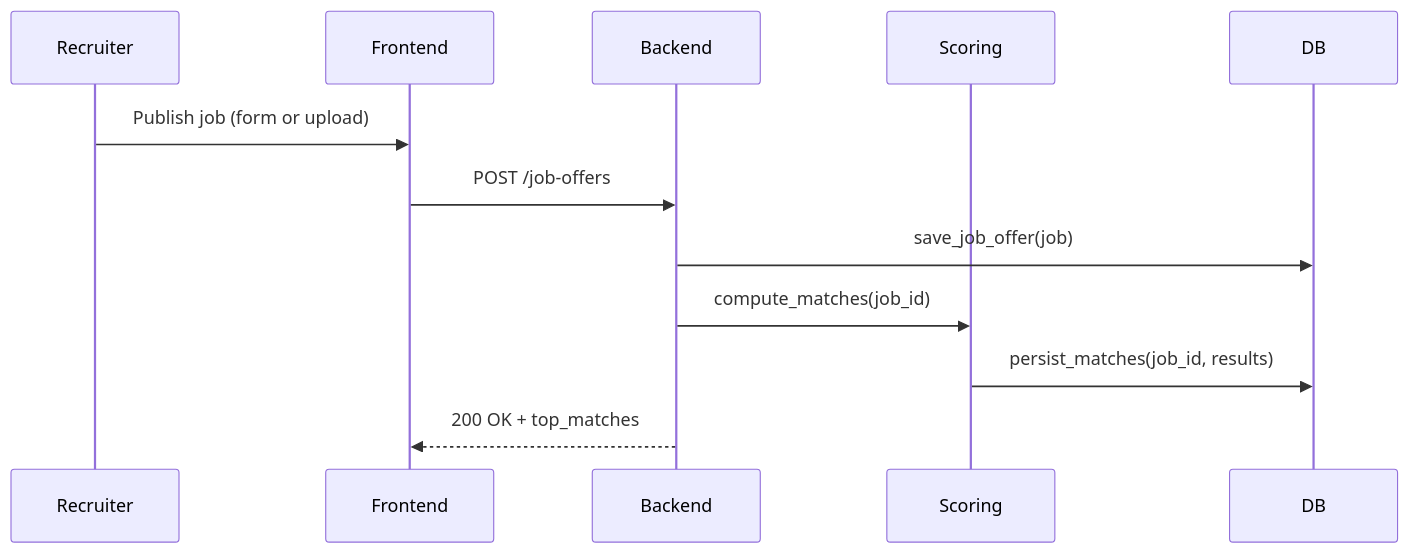
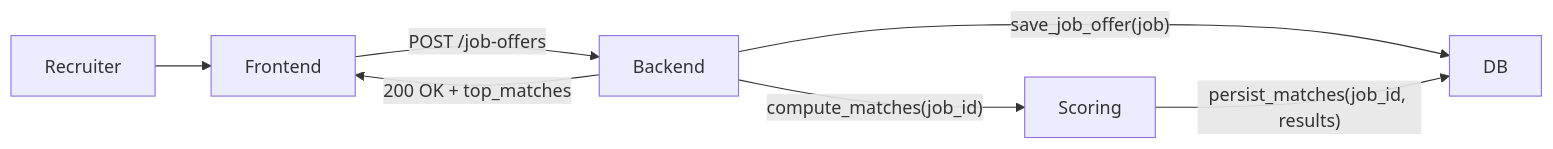
The second of 4 diagrams in RAPPORT_D_AVANCEMENT.md (Benin-Digital/AI-reel-time), drawn with Mermaid before and after one commit. The commit also changed other lines of this file, not shown here.

Commit message:
Update: RAPPORT_D_AVANCEMENT.md (add diagrams & stories)

````diff
--- a/RAPPORT_D_AVANCEMENT.md
+++ b/RAPPORT_D_AVANCEMENT.md
@@ -147,14 +141,9 @@
 ```mermaid
-sequenceDiagram
-  participant Recruiter
-  participant Frontend
-  participant Backend
-  participant Scoring
-  participant DB
-  Recruiter->>Frontend: Publish job (form or upload)
-  Frontend->>Backend: POST /job-offers
-  Backend->>DB: save_job_offer(job)
-  Backend->>Scoring: compute_matches(job_id)
-  Scoring->>DB: persist_matches(job_id, results)
-  Backend-->>Frontend: 200 OK + top_matches
+flowchart LR
+  REC["Recruiter"] --> FE2["Frontend"]
+  FE2 -->|"POST /job-offers"| BE2["Backend"]
+  BE2 -->|"save_job_offer(job)"| DB2["DB"]
+  BE2 -->|"compute_matches(job_id)"| SCO["Scoring"]
+  SCO -->|"persist_matches(job_id, results)"| DB2
+  BE2 -->|"200 OK + top_matches"| FE2
 ```
````
